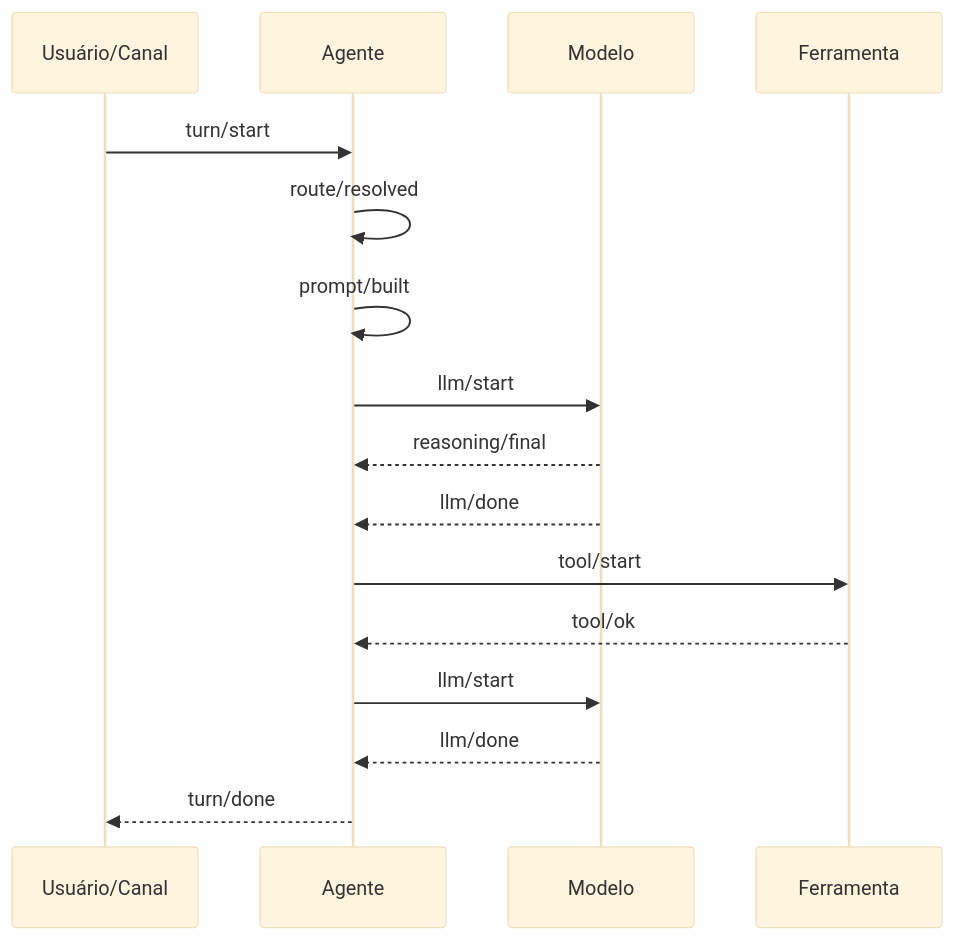
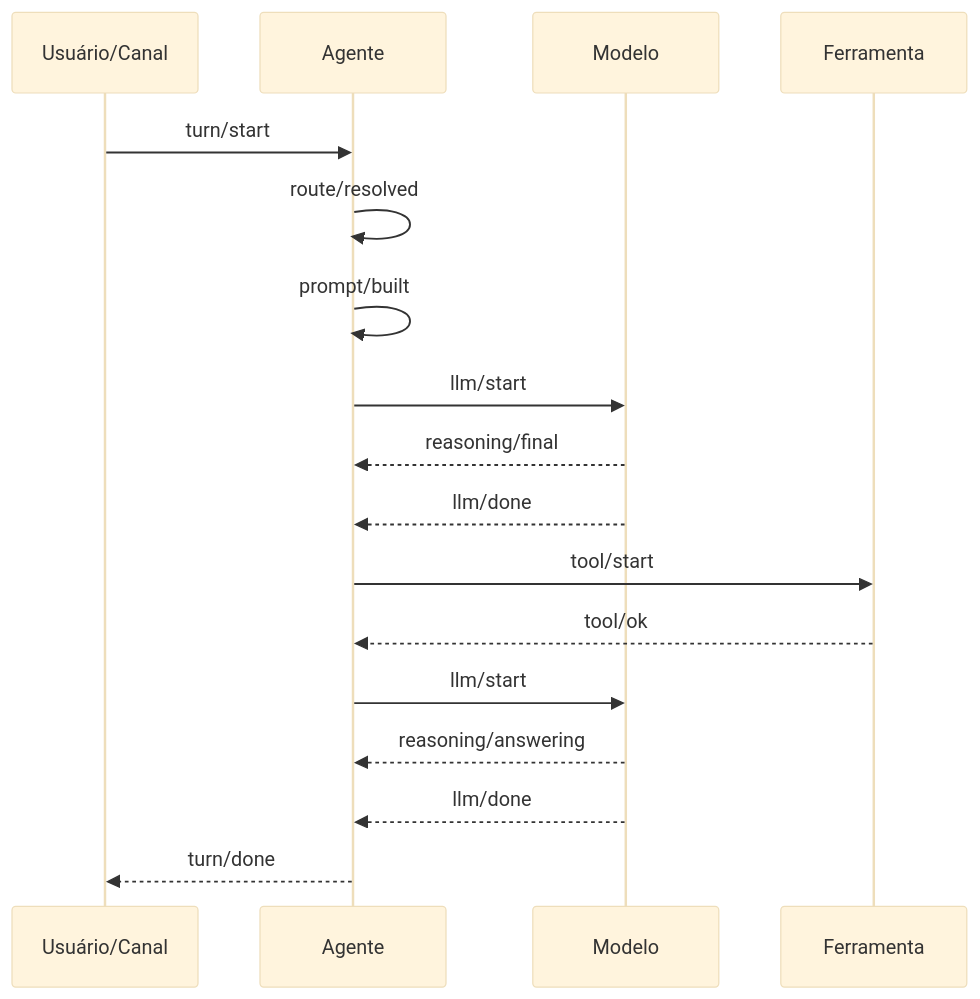
Before and after one commit to VictorDepX/NICKEL: the diagram in docs/processos/fluxo-de-um-turno.md, drawn with Mermaid (base theme). The commit also changed other lines of this file and 18 other files, not shown here.

````diff
--- a/docs/processos/fluxo-de-um-turno.md
+++ b/docs/processos/fluxo-de-um-turno.md
@@ -8,18 +8,19 @@
 ```mermaid
 sequenceDiagram
     participant Canal as Usuário/Canal
     participant Agente as Agente
     participant Modelo as Modelo
     participant Ferramenta as Ferramenta
     Canal->>Agente: turn/start
     Agente->>Agente: route/resolved
     Agente->>Agente: prompt/built
     Agente->>Modelo: llm/start
     Modelo-->>Agente: reasoning/final
     Modelo-->>Agente: llm/done
     Agente->>Ferramenta: tool/start
     Ferramenta-->>Agente: tool/ok
     Agente->>Modelo: llm/start
+    Modelo-->>Agente: reasoning/answering
     Modelo-->>Agente: llm/done
     Agente-->>Canal: turn/done
 ```
````
